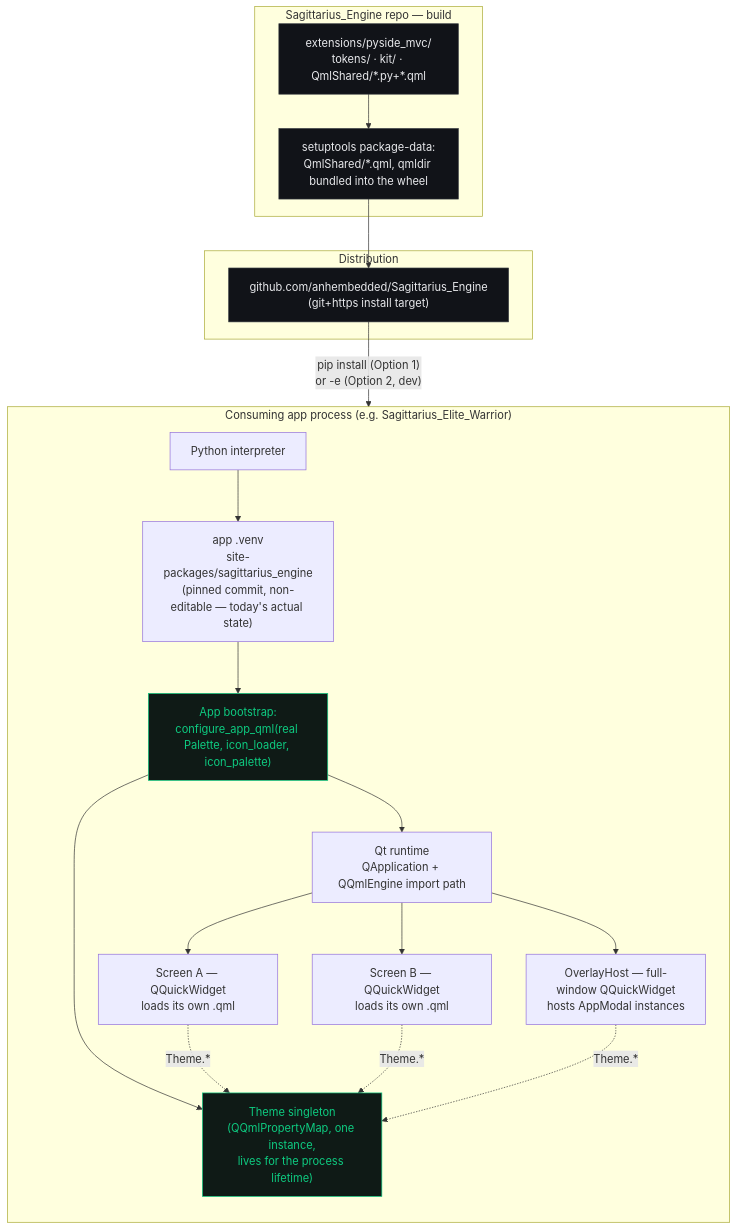
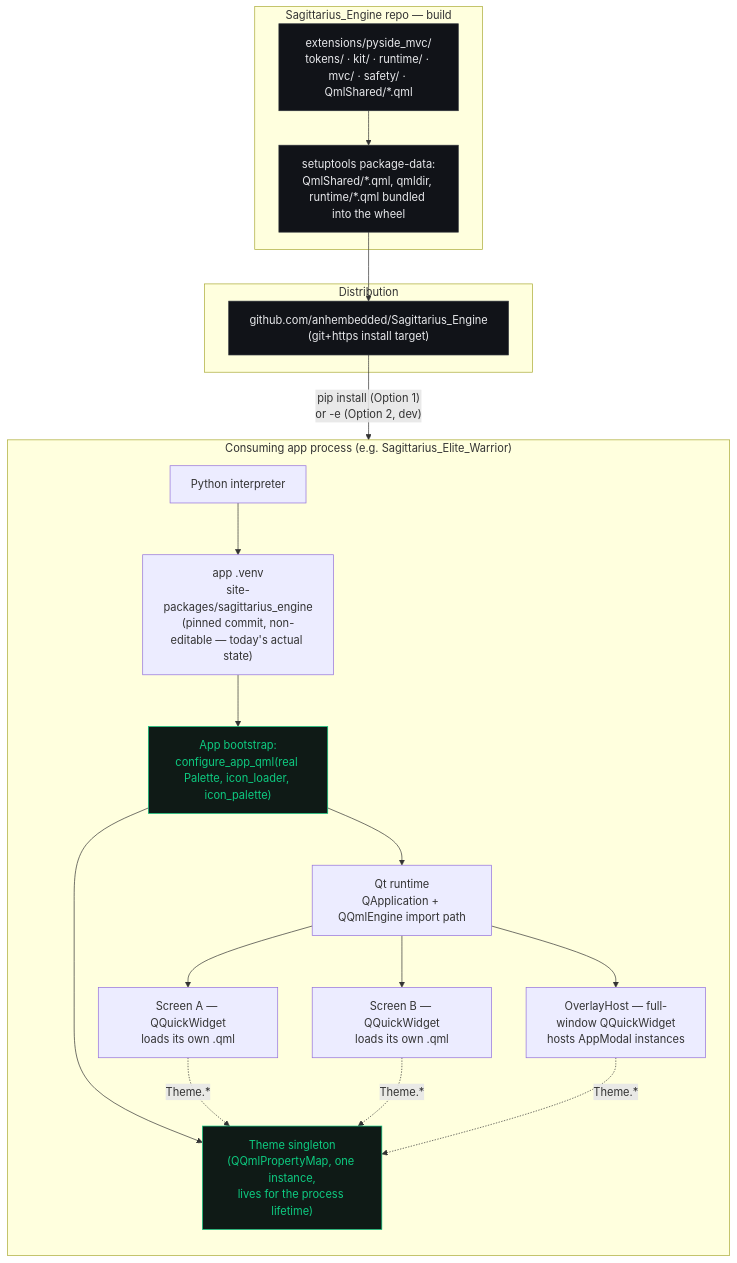
One commit to anhembedded/Sagittarius-Engine changed the second of 2 diagrams in sagittarius_engine/extensions/pyside_mvc/README.md. Above: the diagram before and after it, drawn with Mermaid. The commit also changed other lines of this file and 37 other files, not shown here.

````diff
--- a/sagittarius_engine/extensions/pyside_mvc/README.md
+++ b/sagittarius_engine/extensions/pyside_mvc/README.md
@@ -179,41 +170,41 @@
 ```mermaid
 flowchart TB
     subgraph BUILD["Sagittarius_Engine repo — build"]
-        SRC["extensions/pyside_mvc/<br/>tokens/ · kit/ · QmlShared/*.py+*.qml"]
-        PKG["setuptools package-data:<br/>QmlShared/*.qml, qmldir bundled into the wheel"]
+        SRC["extensions/pyside_mvc/<br/>tokens/ · kit/ · runtime/ · mvc/ · safety/ · QmlShared/*.qml"]
+        PKG["setuptools package-data:<br/>QmlShared/*.qml, qmldir, runtime/*.qml bundled into the wheel"]
         SRC --> PKG
     end
 
     subgraph DIST["Distribution"]
         GH["github.com/anhembedded/Sagittarius_Engine<br/>(git+https install target)"]
         PKG --> GH
     end
 
     subgraph APP["Consuming app process (e.g. Sagittarius_Elite_Warrior)"]
         direction TB
         PY["Python interpreter"]
         VENV["app .venv<br/>site-packages/sagittarius_engine<br/>(pinned commit, non-editable — today's actual state)"]
         BOOT["App bootstrap:<br/>configure_app_qml(real Palette, icon_loader, icon_palette)"]
         THEME["Theme singleton<br/>(QQmlPropertyMap, one instance,<br/>lives for the process lifetime)"]
         QT["Qt runtime<br/>QApplication + QQmlEngine import path"]
         SCREEN1["Screen A — QQuickWidget<br/>loads its own .qml"]
         SCREEN2["Screen B — QQuickWidget<br/>loads its own .qml"]
         OVL["OverlayHost — full-window QQuickWidget<br/>hosts AppModal instances"]
 
         PY --> VENV --> BOOT --> THEME
         BOOT --> QT
         QT --> SCREEN1
         QT --> SCREEN2
         QT --> OVL
         SCREEN1 -. "Theme.*" .-> THEME
         SCREEN2 -. "Theme.*" .-> THEME
         OVL -. "Theme.*" .-> THEME
     end
 
     GH -->|"pip install (Option 1)<br/>or -e (Option 2, dev)"| VENV
 
     classDef repo fill:#111318,stroke:#2c3038,color:#e8e9ec
     classDef runtime fill:#0f1a16,stroke:#0ECB81,color:#0ECB81
     class SRC,PKG,GH repo
     class THEME,BOOT runtime
 ```
````
